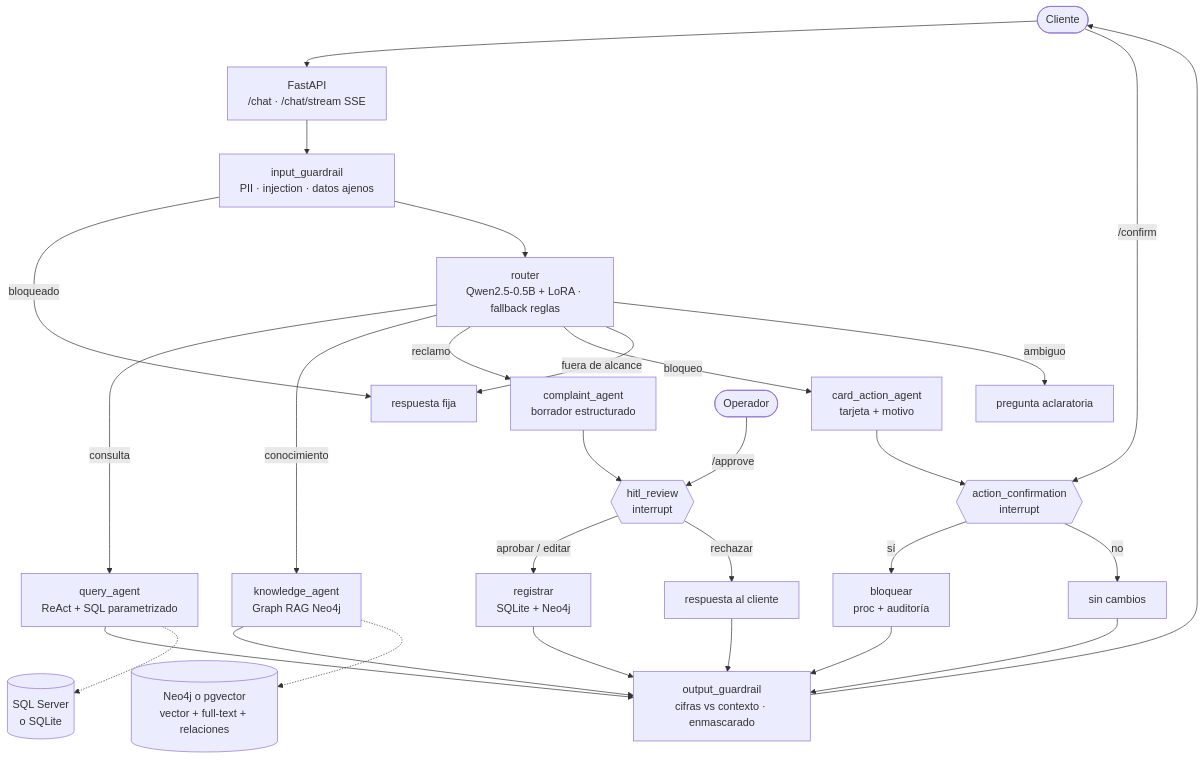
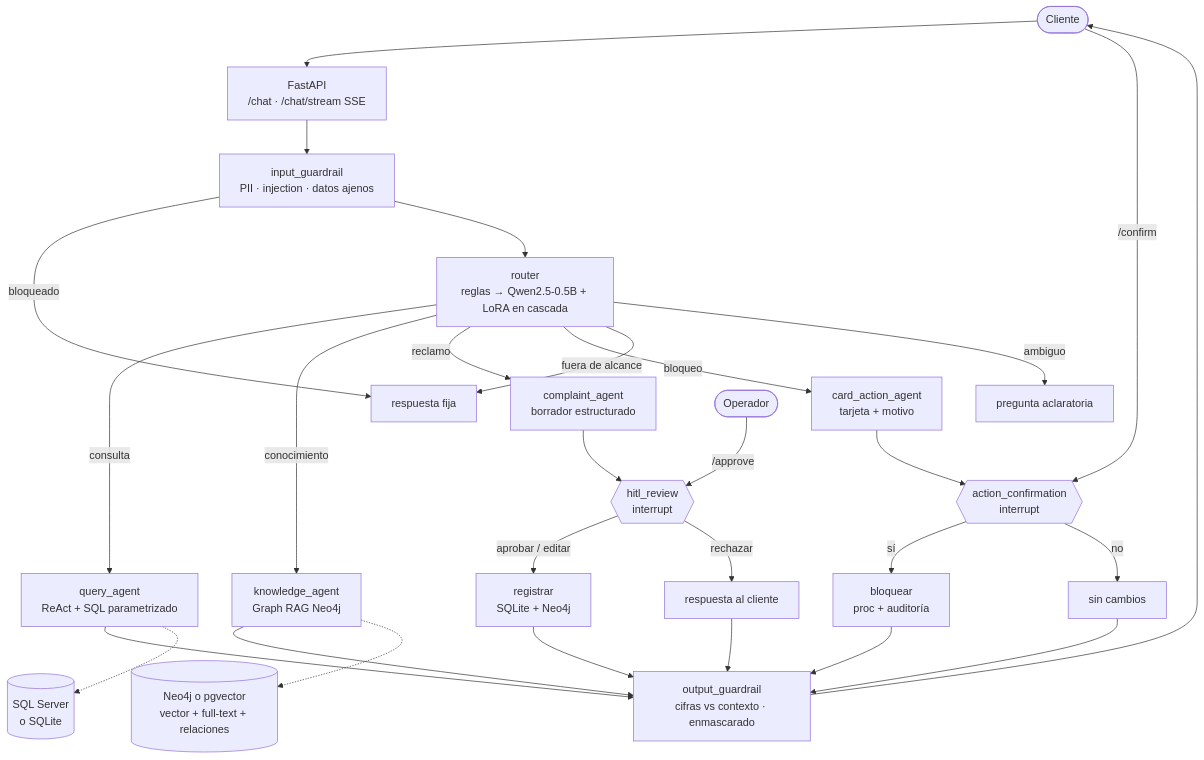
Before and after one commit to Elvis-David-Quinteros-Siles/banking-agentic-assistant: the diagram in README.md, drawn with Mermaid. The commit also changed other lines of this file and 27 other files, not shown here.

First line of the commit message:
feat: router en cascada reglas → LoRA y umbral de aclaración propio del LoRA

````diff
--- a/README.md
+++ b/README.md
@@ -74,25 +75,25 @@
 ```mermaid
 flowchart TD
     U([Cliente]) --> API[FastAPI<br/>/chat · /chat/stream SSE]
     API --> GIN[input_guardrail<br/>PII · injection · datos ajenos]
     GIN -- bloqueado --> BLK[respuesta fija]
-    GIN --> R[router<br/>Qwen2.5-0.5B + LoRA · fallback reglas]
+    GIN --> R[router<br/>reglas → Qwen2.5-0.5B + LoRA en cascada]
     R -- consulta --> QA[query_agent<br/>ReAct + SQL parametrizado]
     R -- conocimiento --> KA[knowledge_agent<br/>Graph RAG Neo4j]
     R -- reclamo --> CA[complaint_agent<br/>borrador estructurado]
     R -- bloqueo --> CAA[card_action_agent<br/>tarjeta + motivo]
     CAA --> AC{{action_confirmation<br/>interrupt}}
     U -- /confirm --> AC
     AC -- sí --> EX[bloquear<br/>proc + auditoría]
     AC -- no --> CAN[sin cambios]
     R -- fuera de alcance --> BLK
     R -- ambiguo --> CL[pregunta aclaratoria]
     CA --> H{{hitl_review<br/>interrupt}}
     OP([Operador]) -- /approve --> H
     H -- aprobar / editar --> REG[registrar<br/>SQLite + Neo4j]
     H -- rechazar --> REJ[respuesta al cliente]
     QA & KA & REG & REJ & EX & CAN --> GOUT[output_guardrail<br/>cifras vs contexto · enmascarado]
     GOUT --> U
     QA -.-> SQL[(SQL Server<br/>o SQLite)]
     KA -.-> NEO[(Neo4j o pgvector<br/>vector + full-text + relaciones)]
 ```
````
